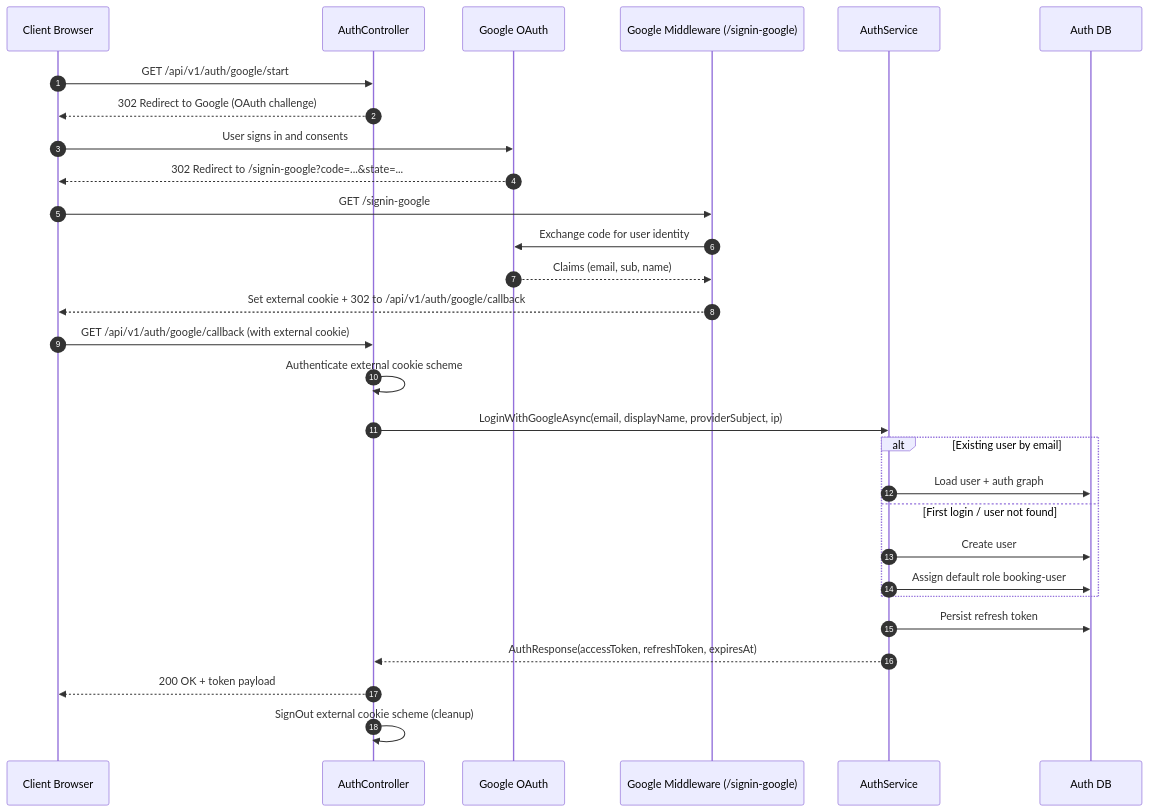
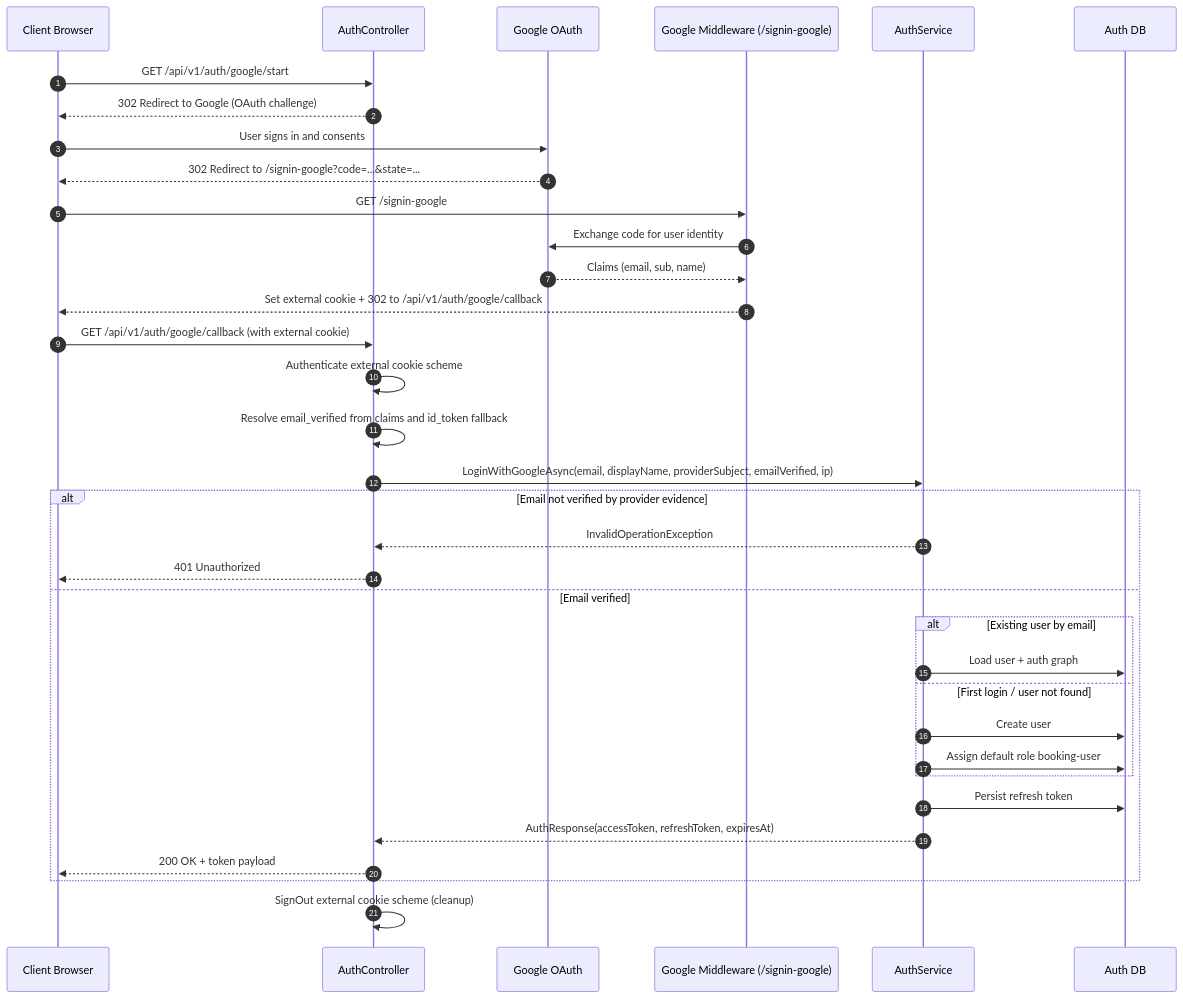
Before and after one commit to haudtech/vehicle-service-booking: the first of 2 diagrams in docs/FEATURES/AUTHENTICATION_INTEGRATION/AUTH_GOOGLE_OAUTH_FULL_FLOW.md, drawn with Mermaid. The commit also changed other lines of this file and 67 other files, not shown here.

````diff
--- a/docs/FEATURES/AUTHENTICATION_INTEGRATION/AUTH_GOOGLE_OAUTH_FULL_FLOW.md
+++ b/docs/FEATURES/AUTHENTICATION_INTEGRATION/AUTH_GOOGLE_OAUTH_FULL_FLOW.md
@@ -34,38 +34,45 @@
 ```mermaid
 sequenceDiagram
     autonumber
     participant C as Client Browser
     participant A as AuthController
     participant G as Google OAuth
     participant M as Google Middleware (/signin-google)
     participant S as AuthService
     participant DB as Auth DB
 
     C->>A: GET /api/v1/auth/google/start
     A-->>C: 302 Redirect to Google (OAuth challenge)
 
     C->>G: User signs in and consents
     G-->>C: 302 Redirect to /signin-google?code=...&state=...
 
     C->>M: GET /signin-google
     M->>G: Exchange code for user identity
     G-->>M: Claims (email, sub, name)
     M-->>C: Set external cookie + 302 to /api/v1/auth/google/callback
 
     C->>A: GET /api/v1/auth/google/callback (with external cookie)
     A->>A: Authenticate external cookie scheme
-    A->>S: LoginWithGoogleAsync(email, displayName, providerSubject, ip)
+    A->>A: Resolve email_verified from claims and id_token fallback
+    A->>S: LoginWithGoogleAsync(email, displayName, providerSubject, emailVerified, ip)
 
-    alt Existing user by email
+    alt Email not verified by provider evidence
+      S-->>A: InvalidOperationException
+      A-->>C: 401 Unauthorized
+    else Email verified
+
+      alt Existing user by email
         S->>DB: Load user + auth graph
-    else First login / user not found
+      else First login / user not found
         S->>DB: Create user
         S->>DB: Assign default role booking-user
+      end
+
+      S->>DB: Persist refresh token
+      S-->>A: AuthResponse(accessToken, refreshToken, expiresAt)
+      A-->>C: 200 OK + token payload
     end
-
-    S->>DB: Persist refresh token
-    S-->>A: AuthResponse(accessToken, refreshToken, expiresAt)
-    A-->>C: 200 OK + token payload
 
     A->>A: SignOut external cookie scheme (cleanup)
 ```
````
